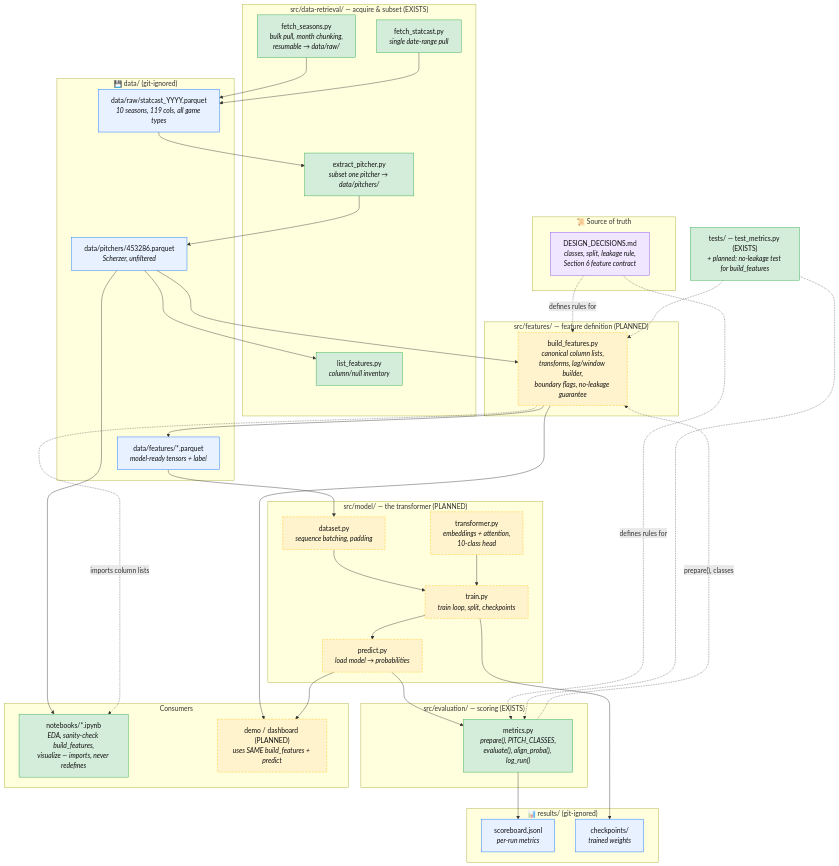
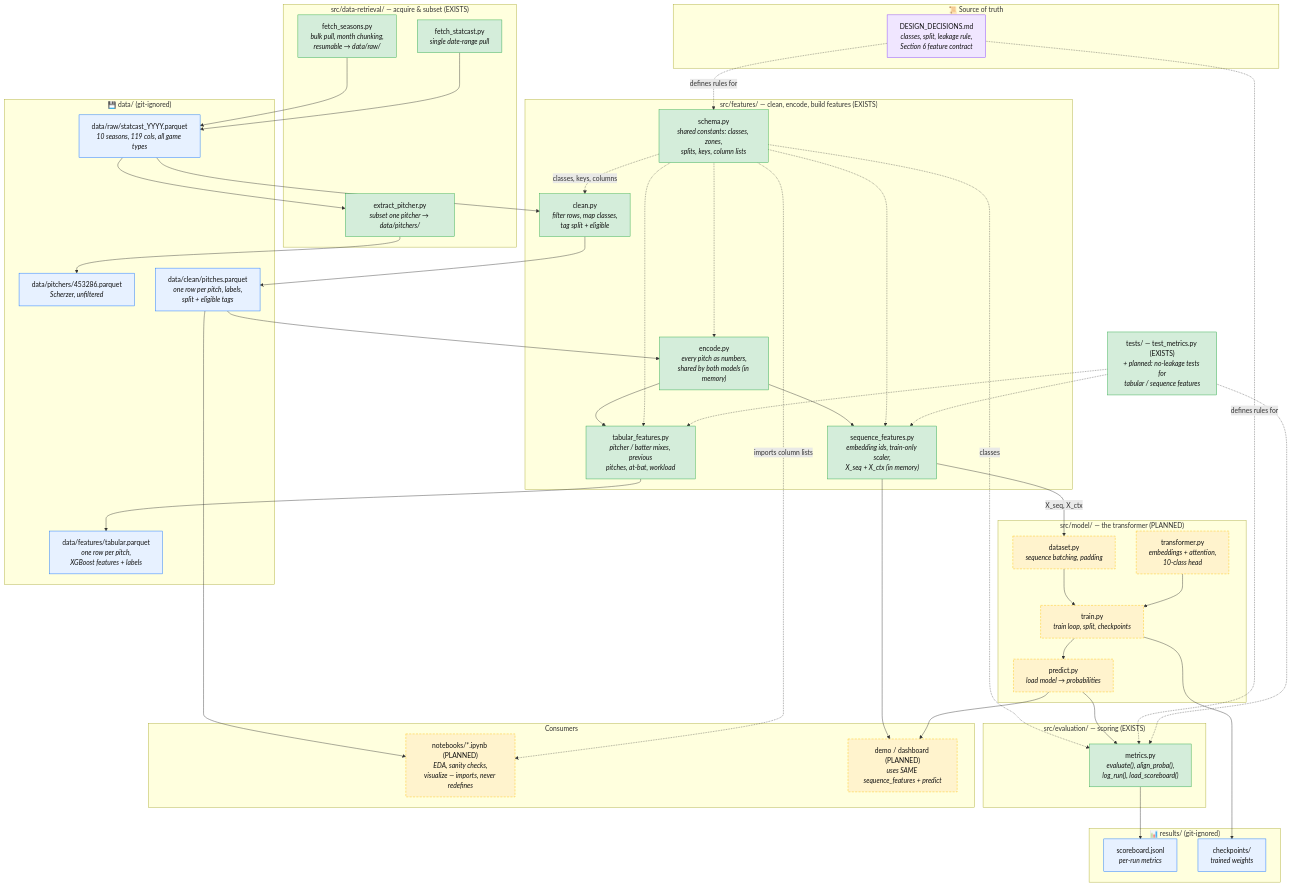
Before and after one commit to NMMastro/pitch-predictor: the diagram in docs/UML.mmd, drawn with Mermaid.

Commit message:
update UML

```diff
--- a/docs/UML.mmd
+++ b/docs/UML.mmd
@@ -1,84 +1,92 @@
 
 
 flowchart TB
     subgraph CONTRACT["📜 Source of truth"]
         DD["DESIGN_DECISIONS.md<br/><i>classes, split, leakage rule,<br/>Section 6 feature contract</i>"]
     end
 
     subgraph RETRIEVAL["src/data-retrieval/ — acquire & subset (EXISTS)"]
         FS["fetch_seasons.py<br/><i>bulk pull, month chunking,<br/>resumable → data/raw/</i>"]
         FST["fetch_statcast.py<br/><i>single date-range pull</i>"]
         EP["extract_pitcher.py<br/><i>subset one pitcher → data/pitchers/</i>"]
-        LF["list_features.py<br/><i>column/null inventory</i>"]
     end
 
     subgraph DATA["💾 data/ (git-ignored)"]
         RAW["data/raw/statcast_YYYY.parquet<br/><i>10 seasons, 119 cols, all game types</i>"]
         PIT["data/pitchers/453286.parquet<br/><i>Scherzer, unfiltered</i>"]
-        FEAT["data/features/*.parquet<br/><i>model-ready tensors + label</i>"]
+        CLEAN["data/clean/pitches.parquet<br/><i>one row per pitch, labels,<br/>split + eligible tags</i>"]
+        FEAT["data/features/tabular.parquet<br/><i>one row per pitch,<br/>XGBoost features + labels</i>"]
     end
 
-    subgraph FEATURES["src/features/ — feature definition (PLANNED)"]
-        BF["build_features.py<br/><i>canonical column lists,<br/>transforms, lag/window builder,<br/>boundary flags, no-leakage guarantee</i>"]
+    subgraph FEATURES["src/features/ — clean, encode, build features (EXISTS)"]
+        SCH["schema.py<br/><i>shared constants: classes, zones,<br/>splits, keys, column lists</i>"]
+        CL["clean.py<br/><i>filter rows, map classes,<br/>tag split + eligible</i>"]
+        ENC["encode.py<br/><i>every pitch as numbers,<br/>shared by both models (in memory)</i>"]
+        TAB["tabular_features.py<br/><i>pitcher / batter mixes, previous<br/>pitches, at-bat, workload</i>"]
+        SEQ["sequence_features.py<br/><i>embedding ids, train-only scaler,<br/>X_seq + X_ctx (in memory)</i>"]
     end
 
     subgraph EVAL["src/evaluation/ — scoring (EXISTS)"]
-        MET["metrics.py<br/><i>prepare(), PITCH_CLASSES,<br/>evaluate(), align_proba(), log_run()</i>"]
+        MET["metrics.py<br/><i>evaluate(), align_proba(),<br/>log_run(), load_scoreboard()</i>"]
     end
 
     subgraph MODEL["src/model/ — the transformer (PLANNED)"]
         DS["dataset.py<br/><i>sequence batching, padding</i>"]
         NET["transformer.py<br/><i>embeddings + attention,<br/>10-class head</i>"]
         TR["train.py<br/><i>train loop, split, checkpoints</i>"]
         PR["predict.py<br/><i>load model → probabilities</i>"]
     end
 
     subgraph RESULTS["📊 results/ (git-ignored)"]
         SB["scoreboard.jsonl<br/><i>per-run metrics</i>"]
         CK["checkpoints/<br/><i>trained weights</i>"]
     end
 
     subgraph CONSUME["Consumers"]
-        NB["notebooks/*.ipynb<br/><i>EDA, sanity-check build_features,<br/>visualize — imports, never redefines</i>"]
-        DEMO["demo / dashboard (PLANNED)<br/><i>uses SAME build_features + predict</i>"]
+        NB["notebooks/*.ipynb (PLANNED)<br/><i>EDA, sanity checks,<br/>visualize — imports, never redefines</i>"]
+        DEMO["demo / dashboard (PLANNED)<br/><i>uses SAME sequence_features + predict</i>"]
     end
 
-    TST["tests/ — test_metrics.py (EXISTS)<br/><i>+ planned: no-leakage test for build_features</i>"]
+    TST["tests/ — test_metrics.py (EXISTS)<br/><i>+ planned: no-leakage tests for<br/>tabular / sequence features</i>"]
 
     FS --> RAW
     FST --> RAW
     RAW --> EP --> PIT
-    PIT --> LF
 
-    PIT --> BF
-    MET -. "prepare(), classes" .-> BF
-    BF --> FEAT
+    RAW --> CL --> CLEAN --> ENC
+    ENC --> TAB --> FEAT
+    ENC --> SEQ
+    SCH -. "classes, keys, columns" .-> CL
+    SCH -.-> ENC
+    SCH -.-> TAB
+    SCH -.-> SEQ
+    SCH -. "classes" .-> MET
 
-    FEAT --> DS --> TR
+    SEQ -- "X_seq, X_ctx" --> DS --> TR
     NET --> TR
     TR --> CK
     TR --> PR
     PR --> MET
     MET --> SB
 
-    DD -. "defines rules for" .-> BF
+    DD -. "defines rules for" .-> SCH
     DD -. "defines rules for" .-> MET
 
-    PIT --> NB
-    BF -. "imports column lists" .-> NB
-    BF --> DEMO
+    CLEAN --> NB
+    SCH -. "imports column lists" .-> NB
+    SEQ --> DEMO
     PR --> DEMO
 
     TST -.-> MET
-    TST -.-> BF
+    TST -.-> TAB
+    TST -.-> SEQ
 
     classDef exists fill:#d4edda,stroke:#28a745,color:#111
     classDef planned fill:#fff3cd,stroke:#ffc107,color:#111,stroke-dasharray: 5 3
     classDef data fill:#e7f1ff,stroke:#0d6efd,color:#111
     classDef contract fill:#f0e6ff,stroke:#8540f5,color:#111
 
-    class FS,FST,EP,LF,MET,TST exists
-    class BF,DS,NET,TR,PR,DEMO planned
-    class RAW,PIT,FEAT,SB,CK data
+    class FS,FST,EP,SCH,CL,ENC,TAB,SEQ,MET,TST exists
+    class DS,NET,TR,PR,DEMO,NB planned
+    class RAW,PIT,CLEAN,FEAT,SB,CK data
     class DD contract
-    class NB exists
```
